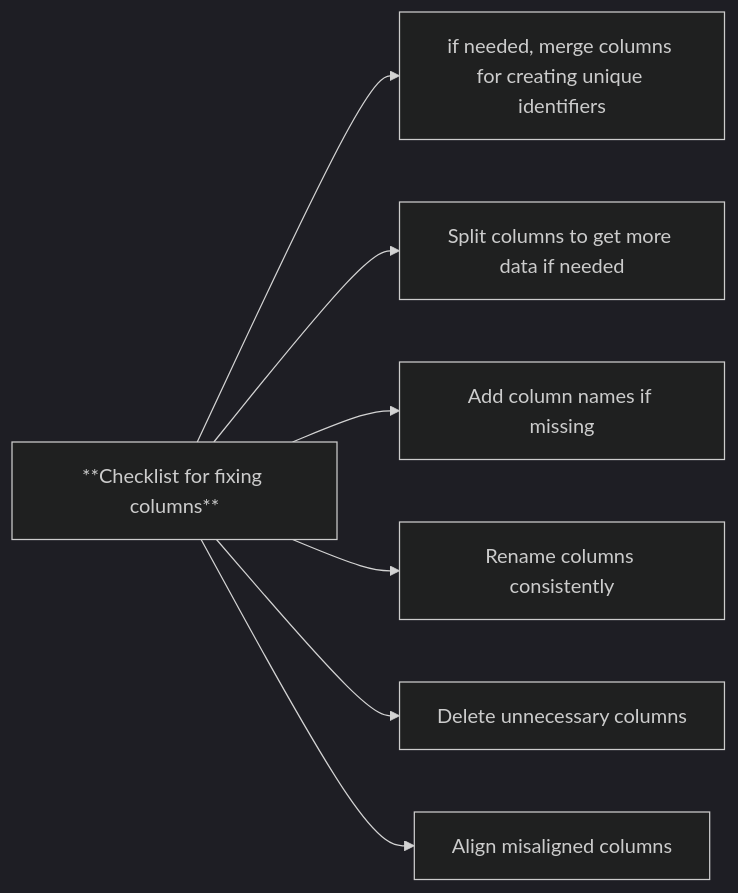
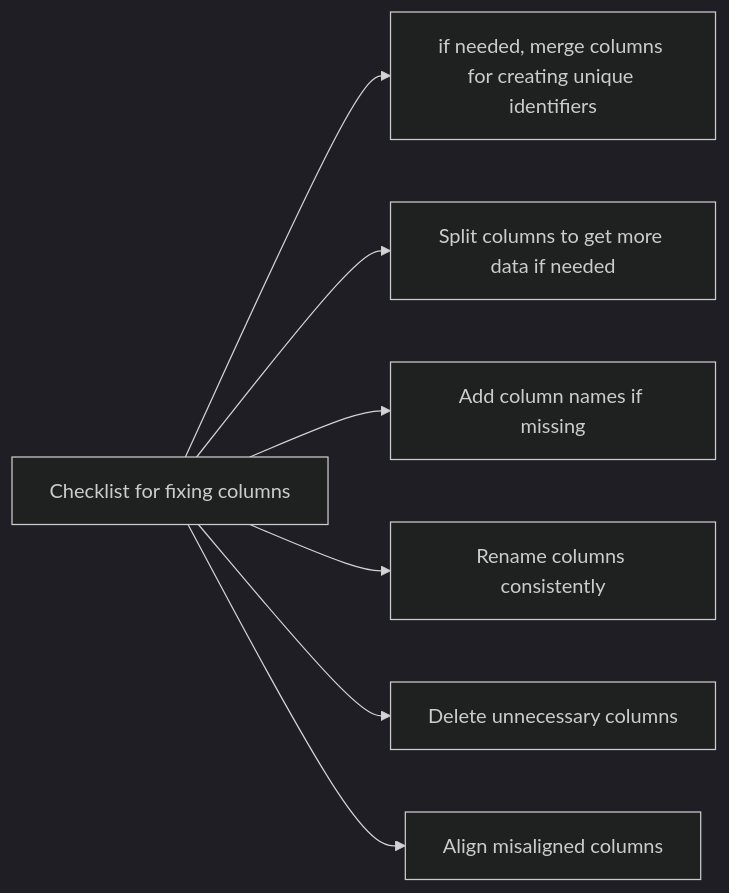
One commit to datagrad/EDA-of-Bank-Telemarketing-Campaign changed the fourth of 5 diagrams in Bank-Data.md. Above: the diagram before and after it, drawn with Mermaid (dark theme). The commit also changed other lines of this file, not shown here.

````diff
--- a/Bank-Data.md
+++ b/Bank-Data.md
@@ -106,9 +106,9 @@
 ```mermaid
 graph LR;
-A[**Checklist for fixing columns**] --> B[if needed, merge columns for creating unique identifiers];
+A[Checklist for fixing columns] --> B[if needed, merge columns for creating unique identifiers];
 A --> C[Split columns to get more data if needed];
 A --> D[Add column names if missing];
 A --> E[Rename columns consistently];
 A --> F[Delete unnecessary columns];
 A --> G[Align misaligned columns];
 ```
````
